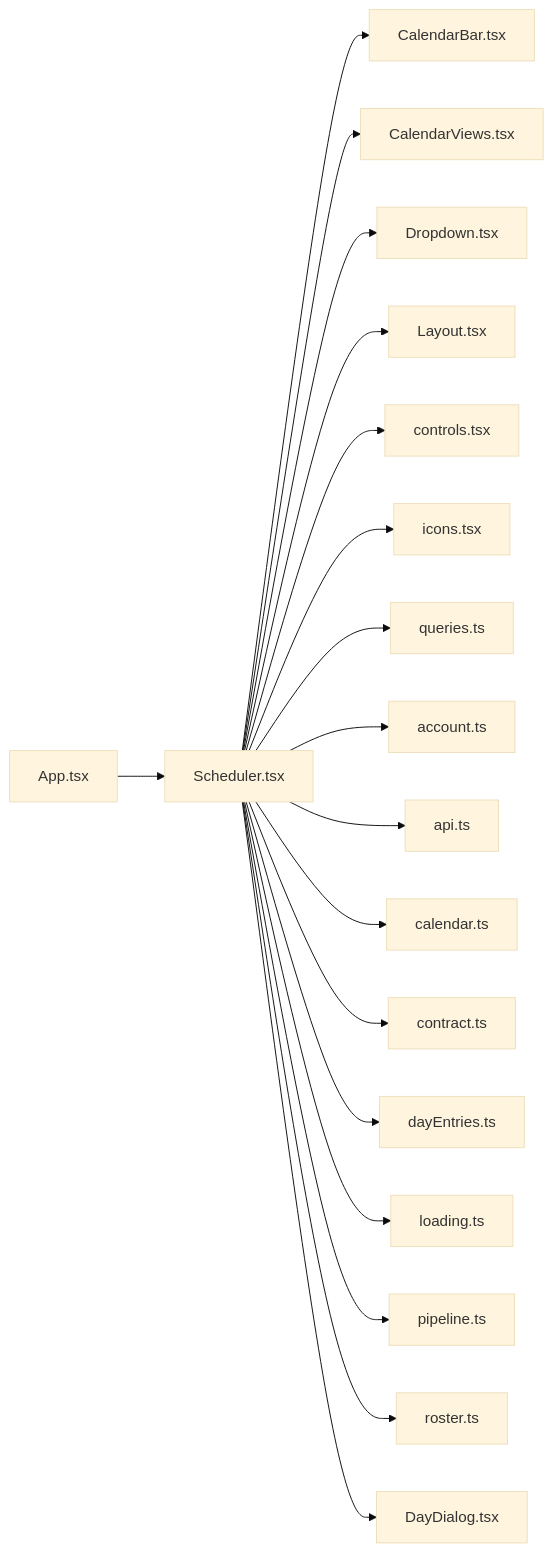
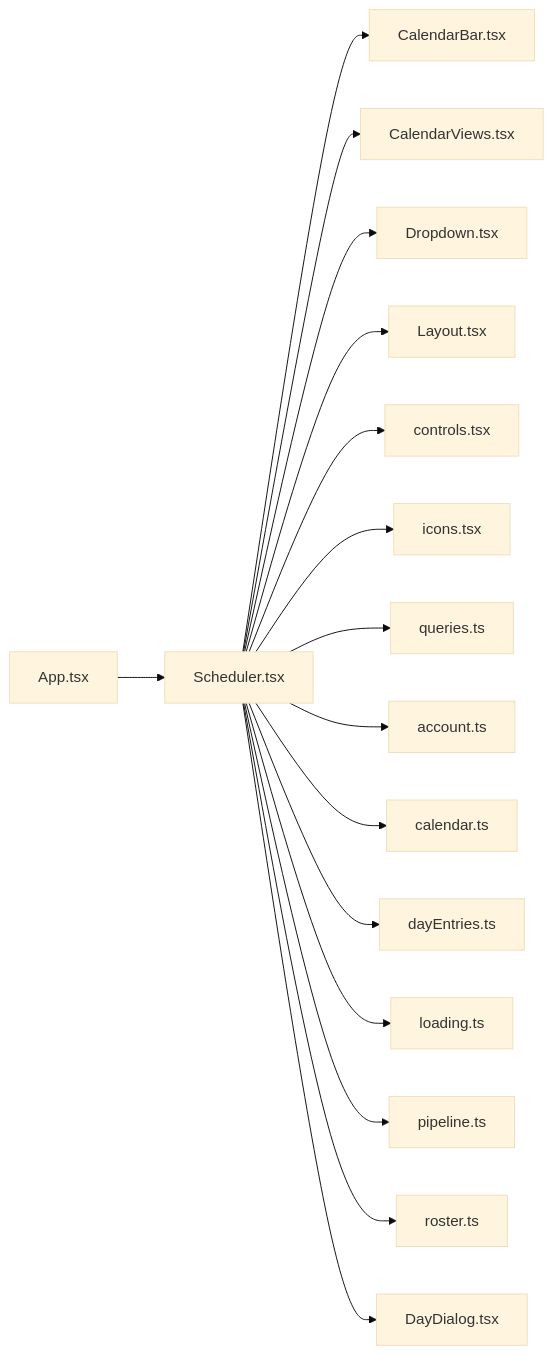
Before and after one commit to minkong-dev/Banblit: the diagram in .cluedoc/graph/frontend/src/routes/Scheduler.md, drawn with Mermaid (base theme). The commit also changed other lines of this file and 49 other files, not shown here.

````diff
--- a/.cluedoc/graph/frontend/src/routes/Scheduler.md
+++ b/.cluedoc/graph/frontend/src/routes/Scheduler.md
@@ -10,21 +10,19 @@
 ```mermaid
 flowchart LR
   frontend_src_routes_Scheduler["Scheduler.tsx"]
   frontend_src_routes_Scheduler --> frontend_src_components_CalendarBar["CalendarBar.tsx"]
   frontend_src_routes_Scheduler --> frontend_src_components_CalendarViews["CalendarViews.tsx"]
   frontend_src_routes_Scheduler --> frontend_src_components_Dropdown["Dropdown.tsx"]
   frontend_src_routes_Scheduler --> frontend_src_components_Layout["Layout.tsx"]
   frontend_src_routes_Scheduler --> frontend_src_components_controls["controls.tsx"]
   frontend_src_routes_Scheduler --> frontend_src_components_icons["icons.tsx"]
   frontend_src_routes_Scheduler --> frontend_src_components_queries["queries.ts"]
   frontend_src_routes_Scheduler --> frontend_src_lib_account["account.ts"]
-  frontend_src_routes_Scheduler --> frontend_src_lib_api["api.ts"]
   frontend_src_routes_Scheduler --> frontend_src_lib_calendar["calendar.ts"]
-  frontend_src_routes_Scheduler --> frontend_src_lib_contract["contract.ts"]
   frontend_src_routes_Scheduler --> frontend_src_lib_dayEntries["dayEntries.ts"]
   frontend_src_routes_Scheduler --> frontend_src_lib_loading["loading.ts"]
   frontend_src_routes_Scheduler --> frontend_src_lib_pipeline["pipeline.ts"]
   frontend_src_routes_Scheduler --> frontend_src_lib_roster["roster.ts"]
   frontend_src_routes_Scheduler --> frontend_src_routes_DayDialog["DayDialog.tsx"]
   frontend_src_App["App.tsx"] --> frontend_src_routes_Scheduler
 ```
````
